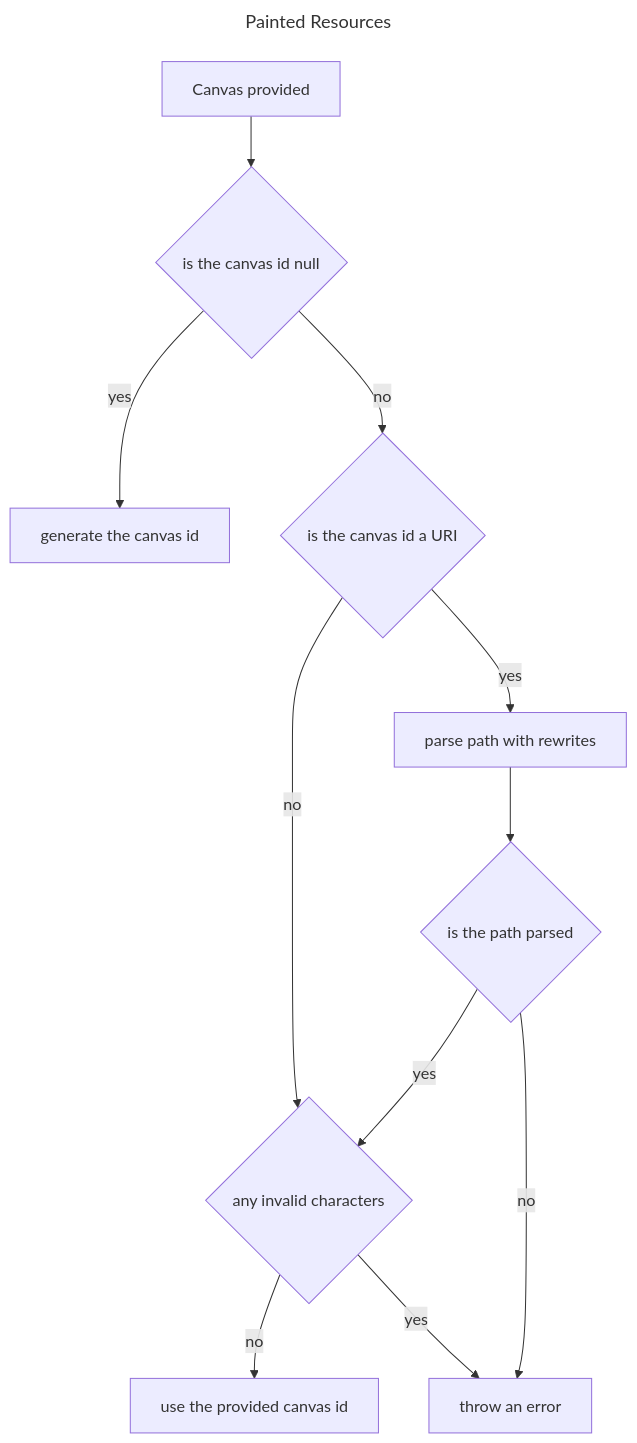
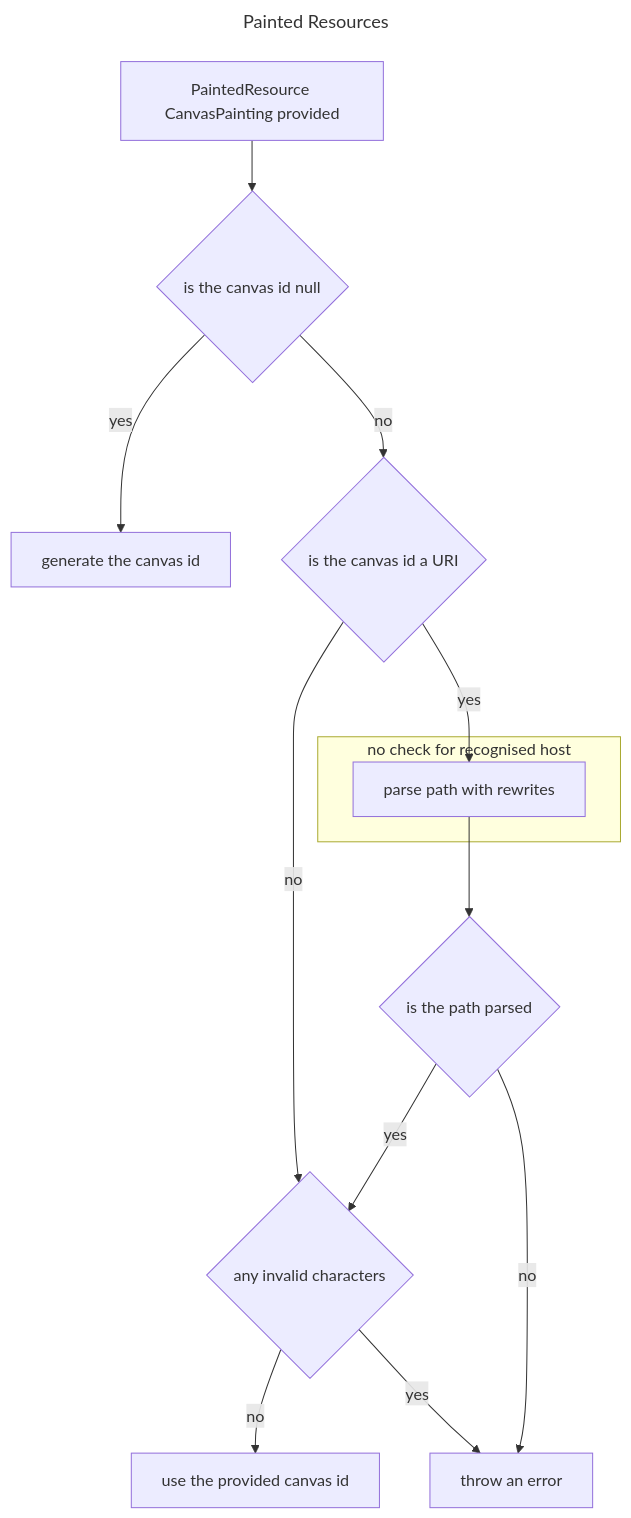
The second of 3 diagrams in docs/notes/canvas-id-parsing.md (dlcs/iiif-presentation), drawn with Mermaid before and after one commit. The commit also changed other lines of this file, not shown here.

Commit message:
move canvas to canvases, change canvasPaiting to paintedResource + add note for recognised host

````diff
--- a/docs/notes/canvas-id-parsing.md
+++ b/docs/notes/canvas-id-parsing.md
@@ -57,26 +57,29 @@
 ```mermaid
 ---
 title: Painted Resources
 ---
 flowchart TD
-    first[Canvas provided]
+    first[PaintedResource CanvasPainting provided]
     second{is the canvas id null}
     third[generate the canvas id]
     fourth{is the canvas id a URI}
     fifth{any invalid characters}
     sixth[use the provided canvas id]
     seventh[parse path with rewrites]
     eighth{is the path parsed}
     ninth[throw an error]
 
     first --> second
     second -- yes --> third
     second -- no --> fourth
     fourth -- no --> fifth
     fifth -- no --> sixth
     fifth -- yes --> ninth
     fourth -- yes --> seventh
+    subgraph no check for recognised host
+        seventh 
+    end
     seventh --> eighth
     eighth -- yes --> fifth
     eighth -- no --> ninth
 ```
````
